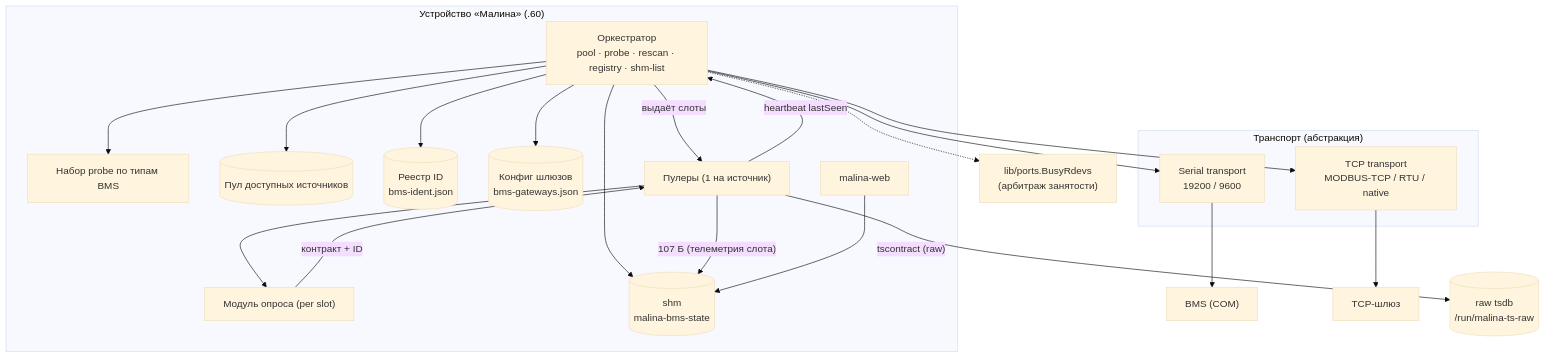
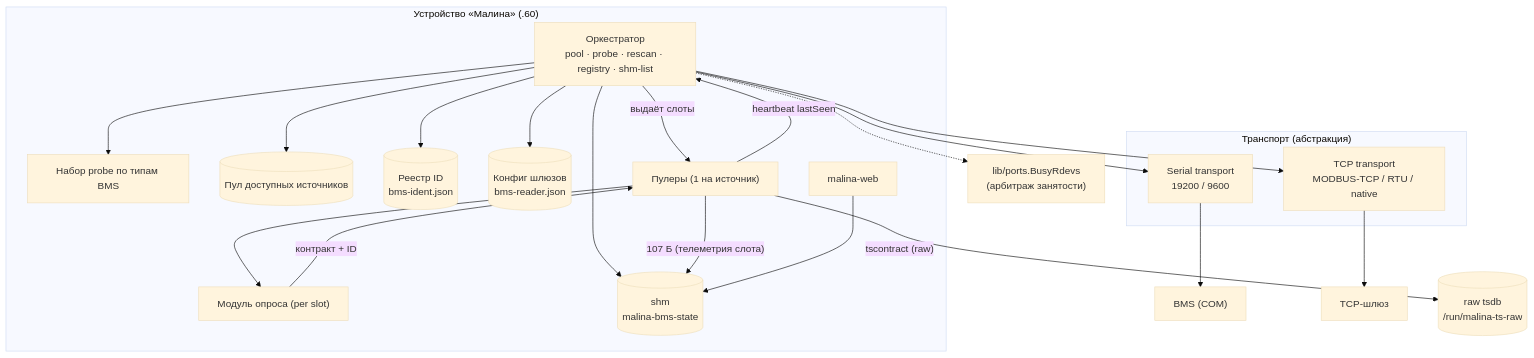
One commit to galiy/malina-26 changed the first of 11 diagrams in docs/bms-reader-arch.md. Above: the diagram before and after it, drawn with Mermaid (base theme). The commit also changed other lines of this file and 19 other files, not shown here.

````diff
--- a/docs/bms-reader-arch.md
+++ b/docs/bms-reader-arch.md
@@ -73,45 +73,45 @@
 ```mermaid
 flowchart TB
   subgraph PI["Устройство «Малина» (.60)"]
     ORCH["Оркестратор<br/>pool · probe · rescan · registry · shm-list"]
     PROBES["Набор probe по типам BMS"]
     POOL[("Пул доступных источников")]
     REG[("Реестр ID<br/>bms-ident.json")]
-    GWCFG[("Конфиг шлюзов<br/>bms-gateways.json")]
+    GWCFG[("Конфиг шлюзов<br/>bms-reader.json")]
     PULLER["Пулеры (1 на источник)"]
     MOD["Модуль опроса (per slot)"]
     SHM[("shm<br/>malina-bms-state")]
     WEB["malina-web"]
   end
 
   subgraph TRANS["Транспорт (абстракция)"]
     SER["Serial transport<br/>19200 / 9600"]
     TCPT["TCP transport<br/>MODBUS-TCP / RTU / native"]
   end
 
   DEV1["BMS (COM)"]
   GW["TCP-шлюз"]
 
   RAWT[("raw tsdb<br/>/run/malina-ts-raw")]
   BUSY["lib/ports.BusyRdevs<br/>(арбитраж занятости)"]
 
   ORCH --> PROBES
   ORCH --> POOL
   ORCH --> REG
   ORCH --> GWCFG
   ORCH --> SHM
   ORCH --> SER
   ORCH --> TCPT
   ORCH -.-> BUSY
   SER --> DEV1
   TCPT --> GW
 
   ORCH -->|"выдаёт слоты"| PULLER
   PULLER --> MOD
   MOD -->|"контракт + ID"| PULLER
   PULLER -->|"heartbeat lastSeen"| ORCH
   PULLER -->|"107 Б (телеметрия слота)"| SHM
   PULLER -->|"tscontract (raw)"| RAWT
 
   WEB --> SHM
 ```
````
